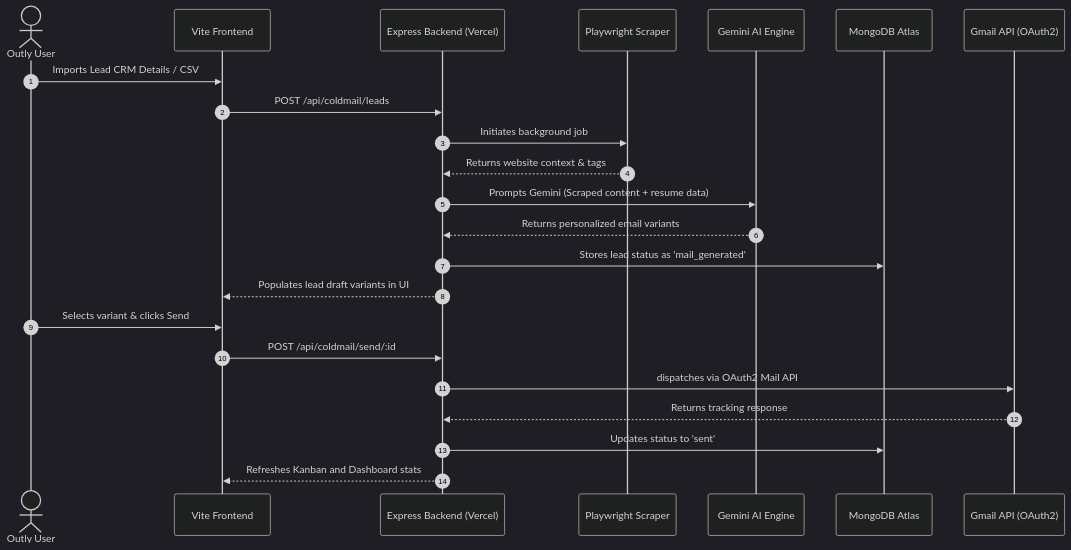
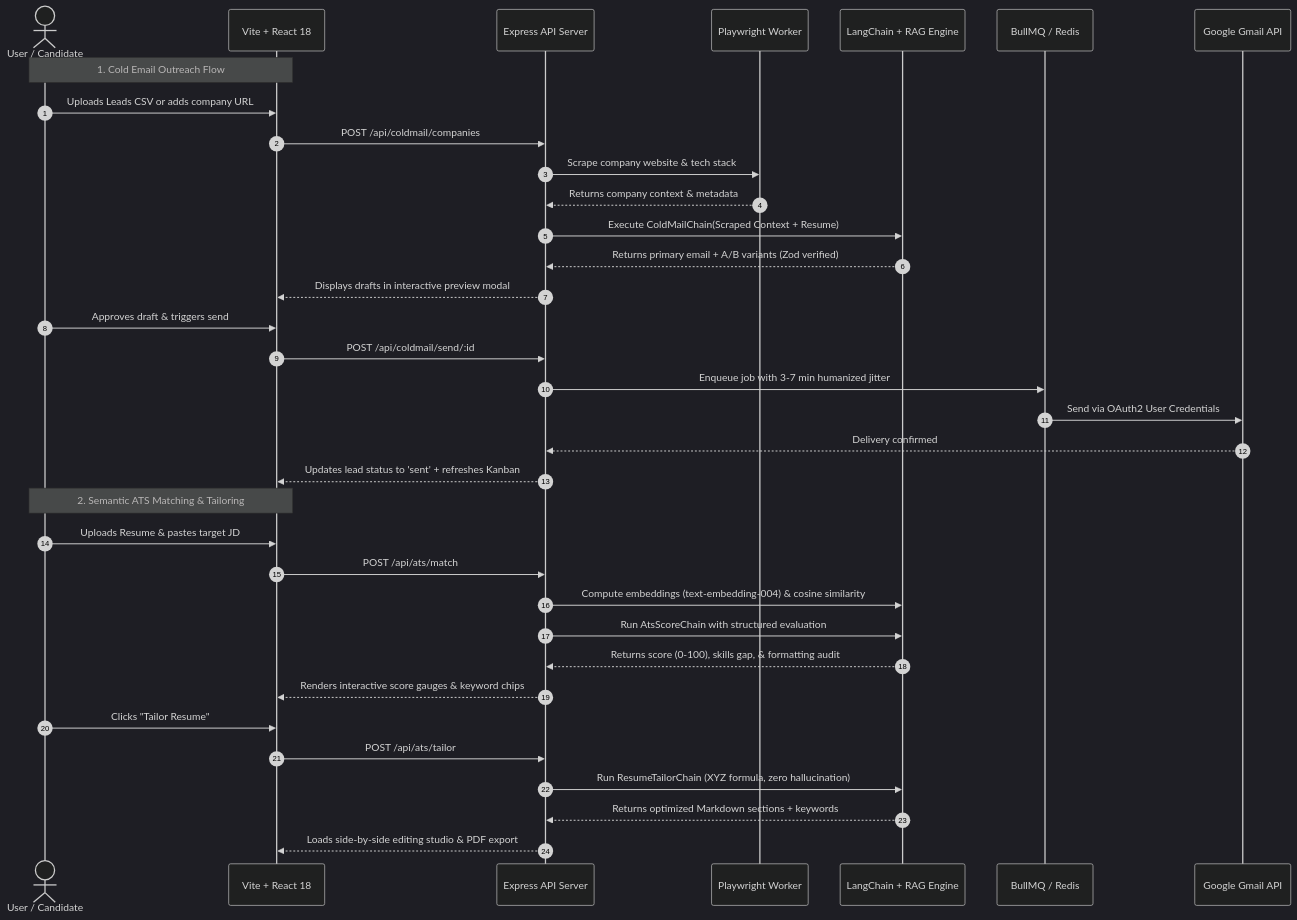
One commit to bharatdhuva/Outly changed the second of 2 diagrams in README.md. Above: the diagram before and after it, drawn with Mermaid (dark theme). The commit also changed other lines of this file, not shown here.

Commit message:
docs: update README with advanced AI, RAG architecture, and feature details

````diff
--- a/README.md
+++ b/README.md
@@ -102,26 +154,39 @@
 ```mermaid
 sequenceDiagram
     autonumber
-    actor User as Outly User
-    participant FE as Vite Frontend
-    participant BE as Express Backend (Vercel)
-    participant Scrape as Playwright Scraper
-    participant AI as Gemini AI Engine
-    participant DB as MongoDB Atlas
-    participant Email as Gmail API (OAuth2)
+    actor Candidate as User / Candidate
+    participant UI as Vite + React 18
+    participant API as Express API Server
+    participant Scraper as Playwright Worker
+    participant LC as LangChain + RAG Engine
+    participant Redis as BullMQ / Redis
+    participant Gmail as Google Gmail API
 
-    User->>FE: Imports Lead CRM Details / CSV
-    FE->>BE: POST /api/coldmail/leads
-    BE->>Scrape: Initiates background job
-    Scrape-->>BE: Returns website context & tags
-    BE->>AI: Prompts Gemini (Scraped content + resume data)
-    AI-->>BE: Returns personalized email variants
-    BE->>DB: Stores lead status as 'mail_generated'
-    BE-->>FE: Populates lead draft variants in UI
-    User->>FE: Selects variant & clicks Send
-    FE->>BE: POST /api/coldmail/send/:id
-    BE->>Email: dispatches via OAuth2 Mail API
-    Email-->>BE: Returns tracking response
-    BE->>DB: Updates status to 'sent'
-    BE-->>FE: Refreshes Kanban and Dashboard stats
+    Note over Candidate,UI: 1. Cold Email Outreach Flow
+    Candidate->>UI: Uploads Leads CSV or adds company URL
+    UI->>API: POST /api/coldmail/companies
+    API->>Scraper: Scrape company website & tech stack
+    Scraper-->>API: Returns company context & metadata
+    API->>LC: Execute ColdMailChain(Scraped Context + Resume)
+    LC-->>API: Returns primary email + A/B variants (Zod verified)
+    API-->>UI: Displays drafts in interactive preview modal
+    Candidate->>UI: Approves draft & triggers send
+    UI->>API: POST /api/coldmail/send/:id
+    API->>Redis: Enqueue job with 3-7 min humanized jitter
+    Redis->>Gmail: Send via OAuth2 User Credentials
+    Gmail-->>API: Delivery confirmed
+    API-->>UI: Updates lead status to 'sent' + refreshes Kanban
+
+    Note over Candidate,UI: 2. Semantic ATS Matching & Tailoring
+    Candidate->>UI: Uploads Resume & pastes target JD
+    UI->>API: POST /api/ats/match
+    API->>LC: Compute embeddings (text-embedding-004) & cosine similarity
+    API->>LC: Run AtsScoreChain with structured evaluation
+    LC-->>API: Returns score (0-100), skills gap, & formatting audit
+    API-->>UI: Renders interactive score gauges & keyword chips
+    Candidate->>UI: Clicks "Tailor Resume"
+    UI->>API: POST /api/ats/tailor
+    API->>LC: Run ResumeTailorChain (XYZ formula, zero hallucination)
+    LC-->>API: Returns optimized Markdown sections + keywords
+    API-->>UI: Loads side-by-side editing studio & PDF export
 ```
````
